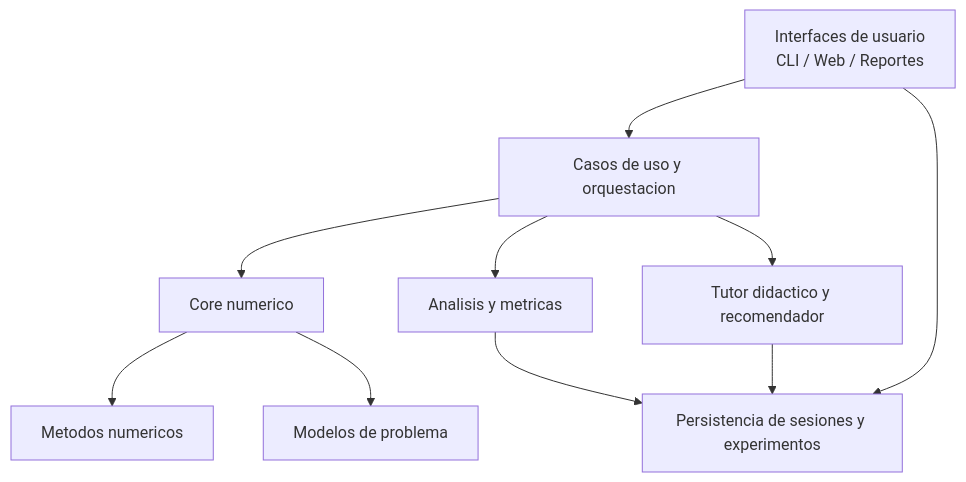
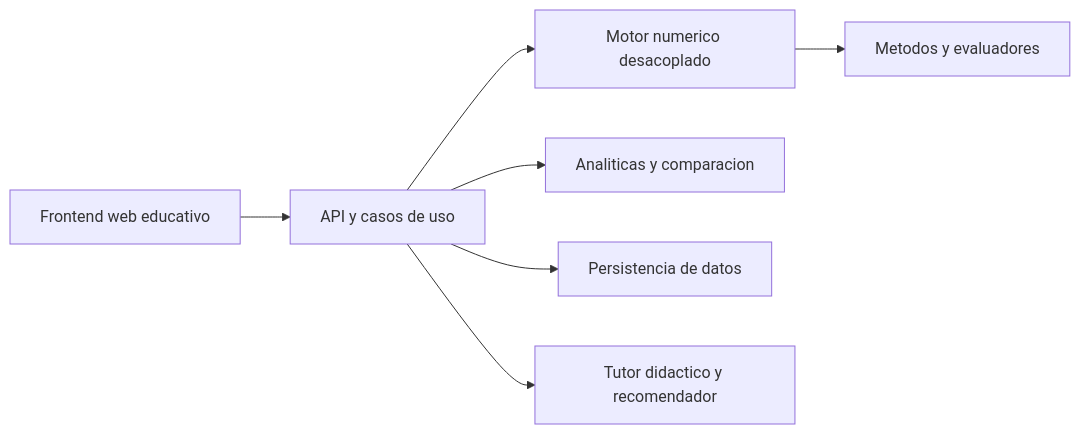
Before and after one commit to jjcuello/Programacion-numerica: the second of 5 diagrams in README.md, drawn with Mermaid. The commit also changed other lines of this file, not shown here.

Commit message:
docs: update README project roadmap

````diff
--- a/README.md
+++ b/README.md
@@ -375,12 +139,9 @@
 ```mermaid
-flowchart TD
-    UI[Interfaces de usuario\nCLI / Web / Reportes] --> APP[Casos de uso y orquestacion]
-    APP --> CORE[Core numerico]
-    APP --> ANALYSIS[Analisis y metricas]
-    APP --> TUTOR[Tutor didactico y recomendador]
-    CORE --> METHODS[Metodos numericos]
-    CORE --> MODELS[Modelos de problema]
-    ANALYSIS --> STORE[Persistencia de sesiones y experimentos]
-    TUTOR --> STORE
-    UI --> STORE
+flowchart LR
+    FE[Frontend web educativo] --> API[API y casos de uso]
+    API --> CORE[Motor numerico desacoplado]
+    CORE --> METHODS[Metodos y evaluadores]
+    API --> ANALYSIS[Analiticas y comparacion]
+    API --> STORE[Persistencia de datos]
+    API --> TUTOR[Tutor didactico y recomendador]
 ```
````
